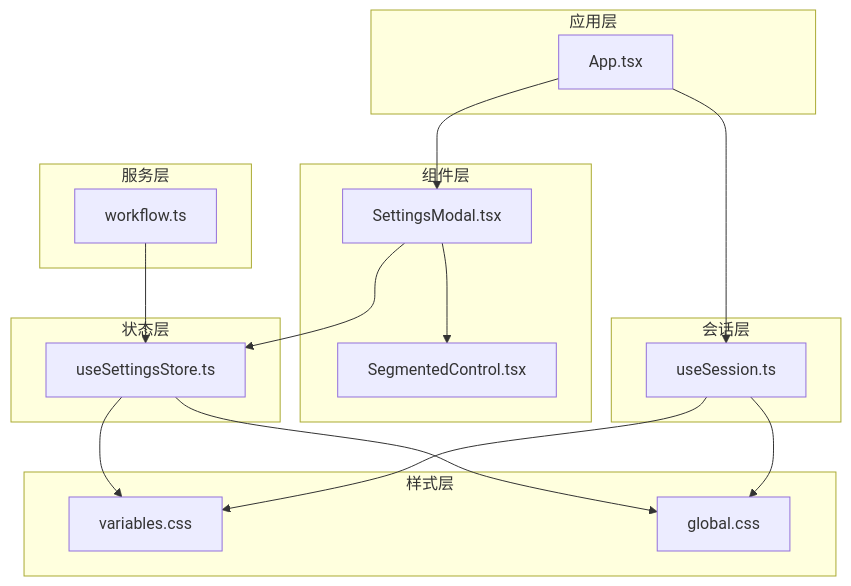
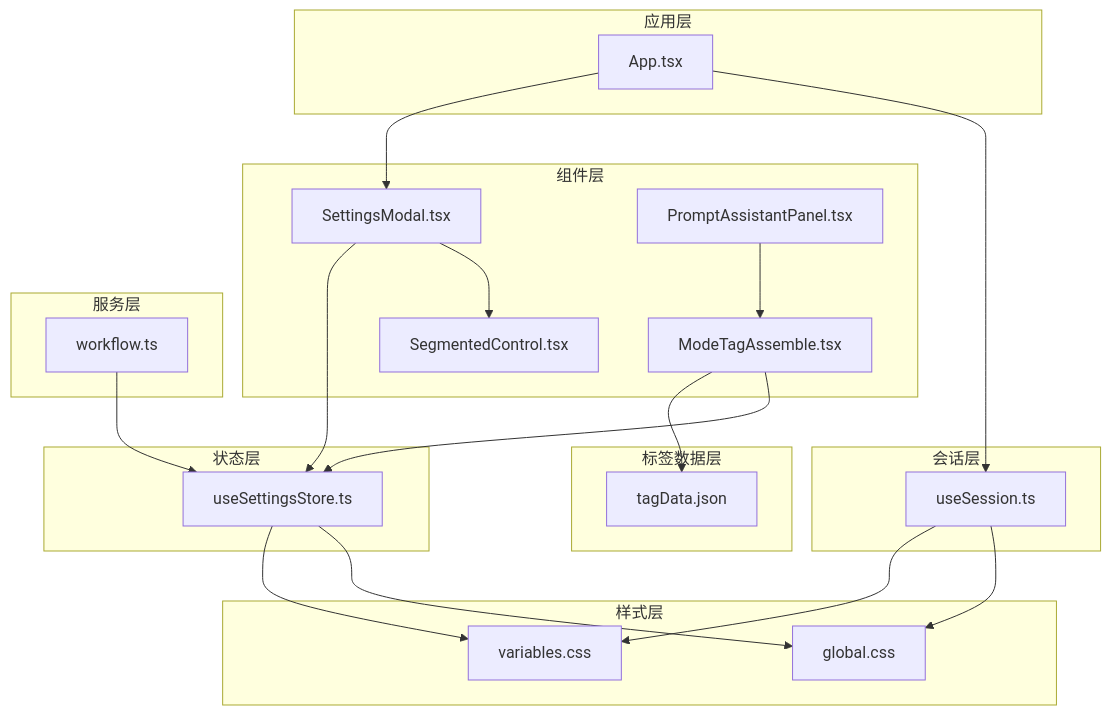
One commit to billye220670/CorineKit_Pix2Real changed the first of 9 diagrams in .qoder/repowiki/zh/content/前端应用/UI 组件库/设置对话框组件.md. Above: the diagram before and after it, drawn with Mermaid. The commit also changed other lines of this file and 5 other files, not shown here.

````diff
--- a/.qoder/repowiki/zh/content/前端应用/UI 组件库/设置对话框组件.md
+++ b/.qoder/repowiki/zh/content/前端应用/UI 组件库/设置对话框组件.md
@@ -51,32 +57,40 @@
 ```mermaid
 graph TB
 subgraph "组件层"
 SM["SettingsModal.tsx"]
 SC["SegmentedControl.tsx"]
+MTA["ModeTagAssemble.tsx"]
+PAP["PromptAssistantPanel.tsx"]
 end
 subgraph "状态层"
 USS["useSettingsStore.ts"]
 end
 subgraph "应用层"
 APP["App.tsx"]
 end
 subgraph "会话层"
 USession["useSession.ts"]
+end
+subgraph "标签数据层"
+TD["tagData.json"]
 end
 subgraph "样式层"
 VAR["variables.css"]
 GLOB["global.css"]
 end
 subgraph "服务层"
 WF["workflow.ts"]
 end
 APP --> SM
 SM --> USS
 SM --> SC
+MTA --> TD
+MTA --> USS
+PAP --> MTA
 APP --> USession
 USS --> VAR
 USS --> GLOB
 USession --> VAR
 USession --> GLOB
 WF --> USS
 ```
````
